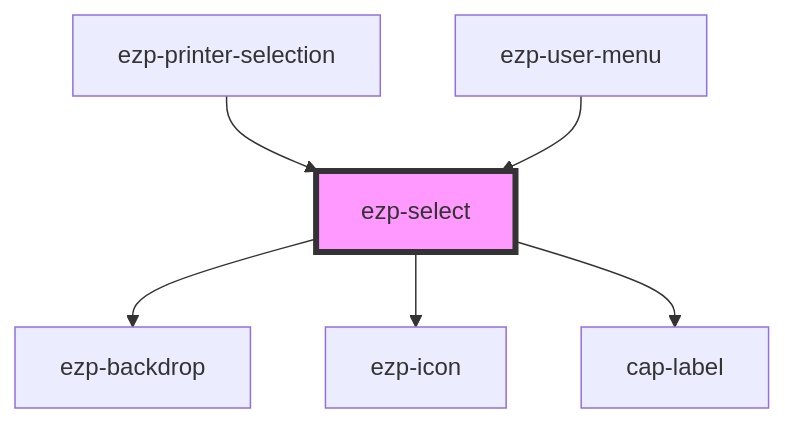
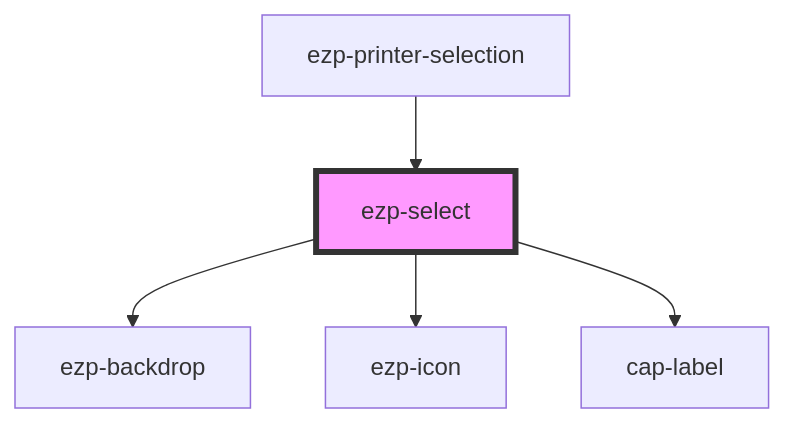
The diagram in src/components/ezp-select/readme.md (ezeep/ezeep-js), drawn with Mermaid before and after one commit. The commit also changed other lines of this file and 12 other files, not shown here.

````diff
--- a/src/components/ezp-select/readme.md
+++ b/src/components/ezp-select/readme.md
@@ -76,9 +72,8 @@
 ```mermaid
 graph TD;
   ezp-select --> ezp-backdrop
   ezp-select --> ezp-icon
   ezp-select --> cap-label
   ezp-printer-selection --> ezp-select
-  ezp-user-menu --> ezp-select
   style ezp-select fill:#f9f,stroke:#333,stroke-width:4px
 ```
````
